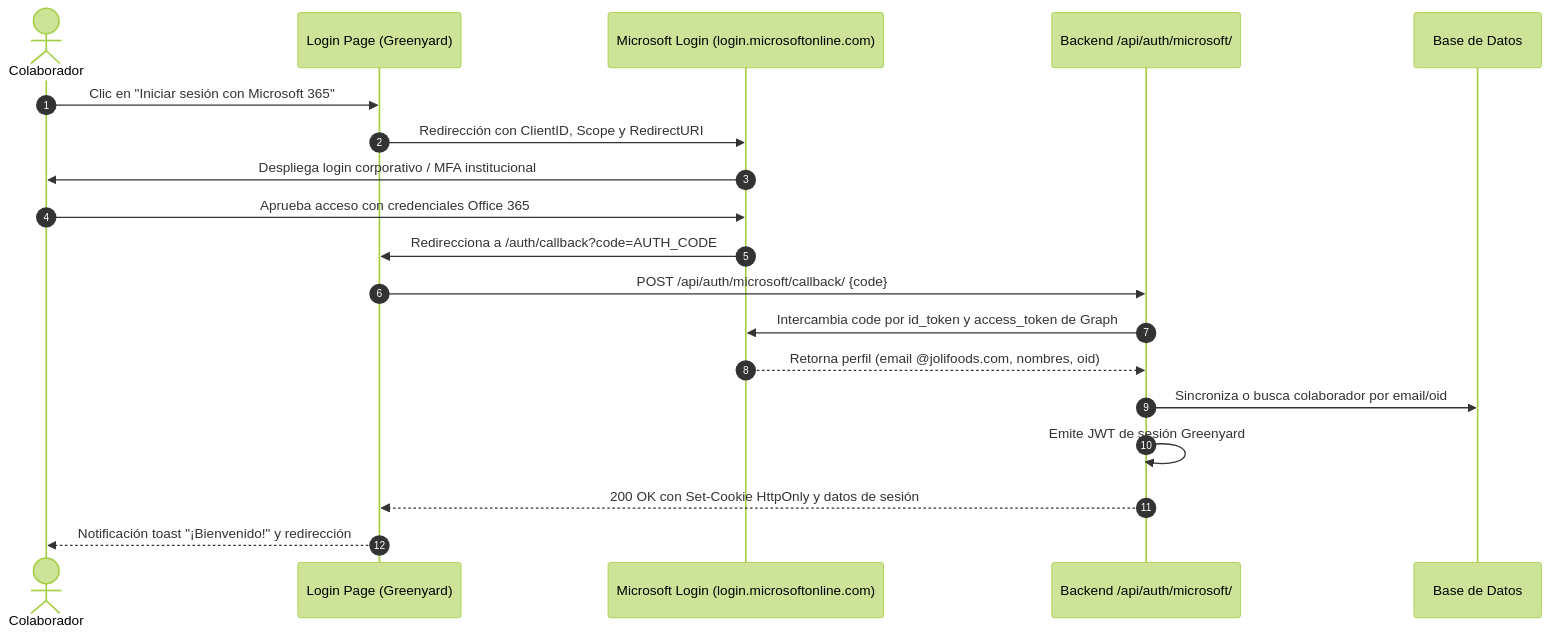
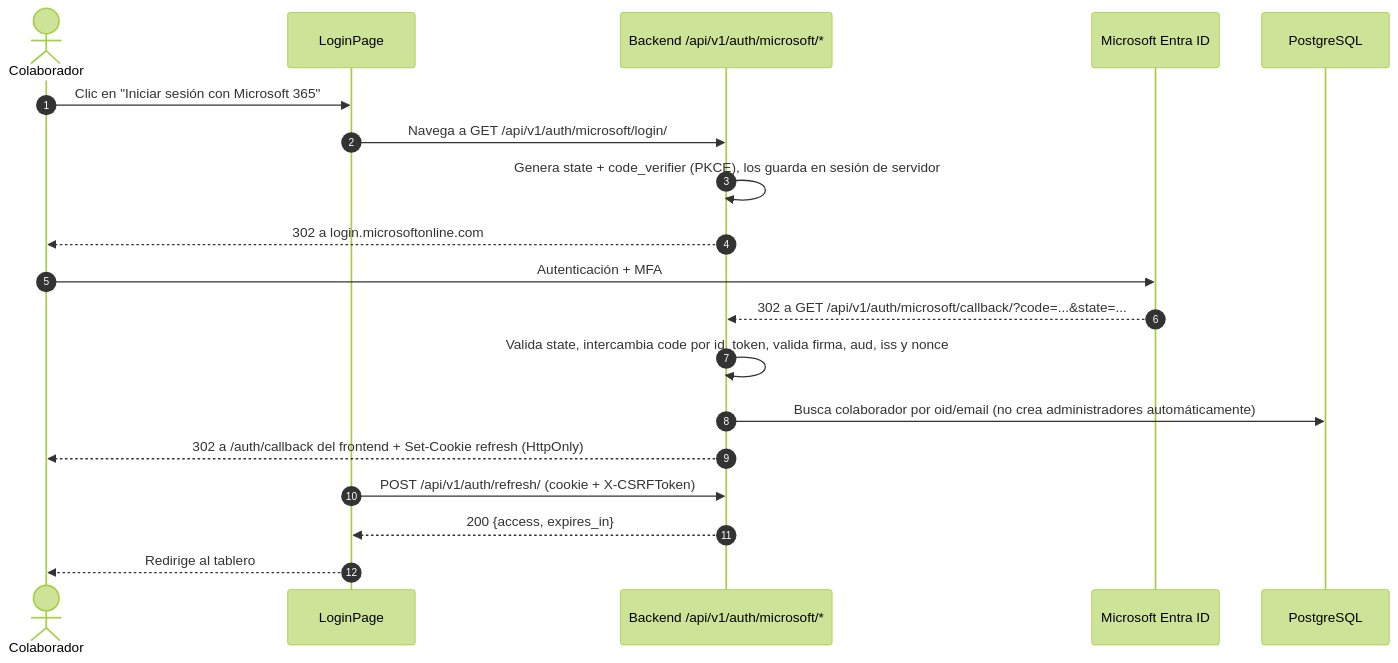
Before and after one commit to jnmontoy/sdd: the third of 4 diagrams in greenfield/pages/login/02_arquitectura_y_maquina_estados.md, drawn with Mermaid (forest theme). The commit also changed other lines of this file and 152 other files, not shown here.

````diff
--- a/greenfield/pages/login/02_arquitectura_y_maquina_estados.md
+++ b/greenfield/pages/login/02_arquitectura_y_maquina_estados.md
@@ -111,22 +94,22 @@
 ```mermaid
 sequenceDiagram
     autonumber
     actor U as Colaborador
-    participant UI as Login Page (Greenyard)
-    participant MS as Microsoft Login (login.microsoftonline.com)
-    participant API as Backend /api/auth/microsoft/
-    participant DB as Base de Datos
+    participant UI as LoginPage
+    participant API as Backend /api/v1/auth/microsoft/*
+    participant MS as Microsoft Entra ID
+    participant DB as PostgreSQL
 
     U->>UI: Clic en "Iniciar sesión con Microsoft 365"
-    UI->>MS: Redirección con ClientID, Scope y RedirectURI
-    MS->>U: Despliega login corporativo / MFA institucional
-    U->>MS: Aprueba acceso con credenciales Office 365
-    MS->>UI: Redirecciona a /auth/callback?code=AUTH_CODE
-    UI->>API: POST /api/auth/microsoft/callback/ {code}
-    API->>MS: Intercambia code por id_token y access_token de Graph
-    MS-->>API: Retorna perfil (email @jolifoods.com, nombres, oid)
-    API->>DB: Sincroniza o busca colaborador por email/oid
-    API->>API: Emite JWT de sesión Greenyard
-    API-->>UI: 200 OK con Set-Cookie HttpOnly y datos de sesión
-    UI-->>U: Notificación toast "¡Bienvenido!" y redirección
+    UI->>API: Navega a GET /api/v1/auth/microsoft/login/
+    API->>API: Genera state + code_verifier (PKCE), los guarda en sesión de servidor
+    API-->>U: 302 a login.microsoftonline.com
+    U->>MS: Autenticación + MFA
+    MS-->>API: 302 a GET /api/v1/auth/microsoft/callback/?code=...&state=...
+    API->>API: Valida state, intercambia code por id_token, valida firma, aud, iss y nonce
+    API->>DB: Busca colaborador por oid/email (no crea administradores automáticamente)
+    API-->>U: 302 a /auth/callback del frontend + Set-Cookie refresh (HttpOnly)
+    UI->>API: POST /api/v1/auth/refresh/ (cookie + X-CSRFToken)
+    API-->>UI: 200 {access, expires_in}
+    UI-->>U: Redirige al tablero
 ```
````
